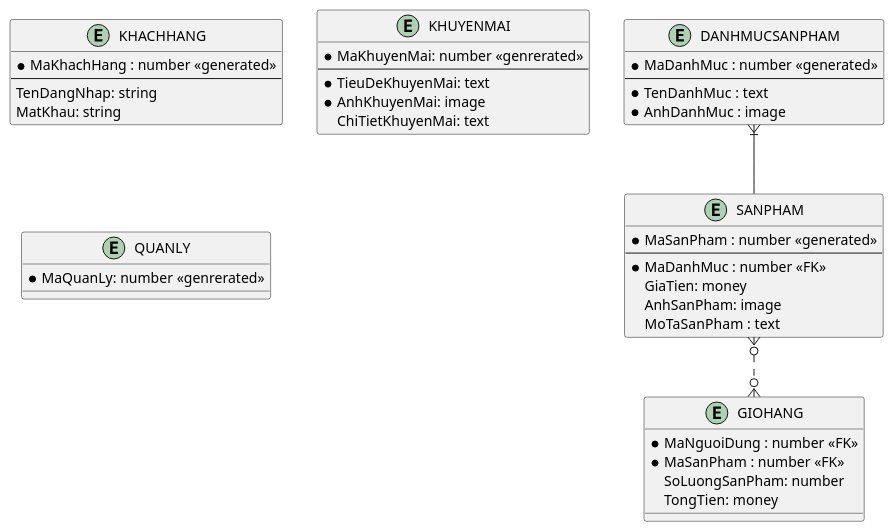
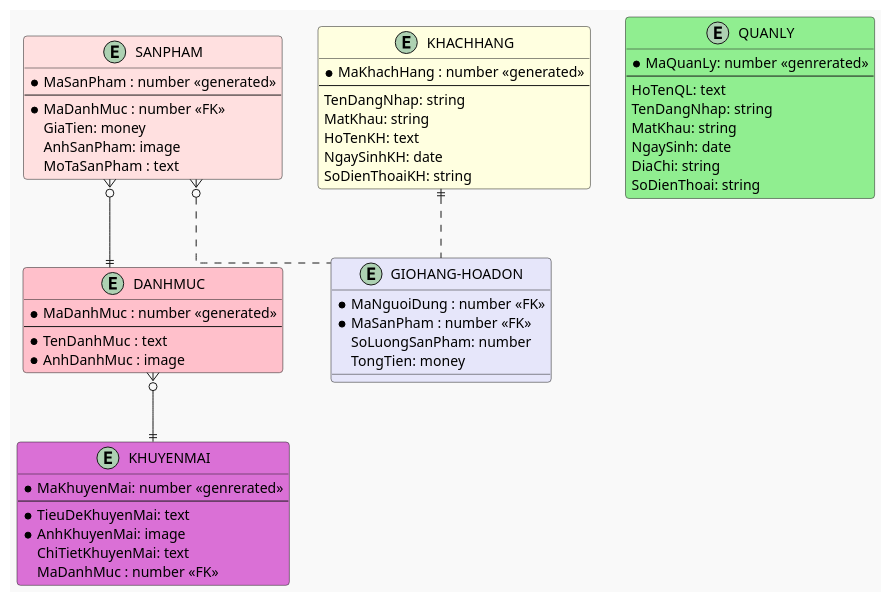
One commit to HoaiNhu/DoAn_1 changed the diagram in DataBase.puml. Above: the diagram before and after it, drawn with PlantUML.

```diff
--- a/DataBase.puml
+++ b/DataBase.puml
@@ -1,51 +1,71 @@
 @startuml
+!theme mars
 ' hide the spot
 ' hide circle
 ' avoid problems with angled crows feet
 skinparam linetype ortho
-entity "DANHMUCSANPHAM" {
+entity "DANHMUC" #Pink {
 *MaDanhMuc : number <<generated>>
 --
 *TenDanhMuc : text
 *AnhDanhMuc : image
 }
 
-entity "SANPHAM"  {
-*MaSanPham : number <<generated>>
+entity "SANPHAM" #Implementation  {
+*MaSanPham : number <<generated>> 
 --
 *MaDanhMuc : number <<FK>>
 GiaTien: money
 AnhSanPham: image
 MoTaSanPham : text
 }
 
-entity "KHACHHANG" {
-*MaKhachHang : number <<generated>>
+entity "KHUYENMAI" #Orchid{
+*MaKhuyenMai: number <<genrerated>>
 --
-TenDangNhap: string
-MatKhau: string
+*TieuDeKhuyenMai: text
+*AnhKhuyenMai: image
+ChiTietKhuyenMai: text
+MaDanhMuc : number <<FK>>
 }
 
-entity "GIOHANG"{
+entity "GIOHANG-HOADON" #Lavender {
 *MaNguoiDung : number <<FK>>
 *MaSanPham : number <<FK>>
 SoLuongSanPham: number
 TongTien: money
 }
 
-entity "KHUYENMAI"{
-*MaKhuyenMai: number <<genrerated>>
+
+entity "KHACHHANG" #LightYellow {
+*MaKhachHang : number <<generated>>
 --
-*TieuDeKhuyenMai: text
-*AnhKhuyenMai: image
-ChiTietKhuyenMai: text
-}
-
-entity "QUANLY"{
-*MaQuanLy: number <<genrerated>>
+TenDangNhap: string
+MatKhau: string
+HoTenKH: text
+NgaySinhKH: date
+SoDienThoaiKH: string
 }
 
 
-DANHMUCSANPHAM }|-- SANPHAM
-SANPHAM }o..o{GIOHANG
+
+
+entity "QUANLY" #LightGreen {
+*MaQuanLy: number <<genrerated>>
+--
+HoTenQL: text
+TenDangNhap: string
+MatKhau: string
+NgaySinh: date
+DiaChi: string
+SoDienThoai: string
+}
+
+
+
+
+SANPHAM }o--|| DANHMUC
+SANPHAM }o.."GIOHANG-HOADON"
+KHACHHANG ||.."GIOHANG-HOADON"
+DANHMUC }o--|| KHUYENMAI
 @enduml
```
